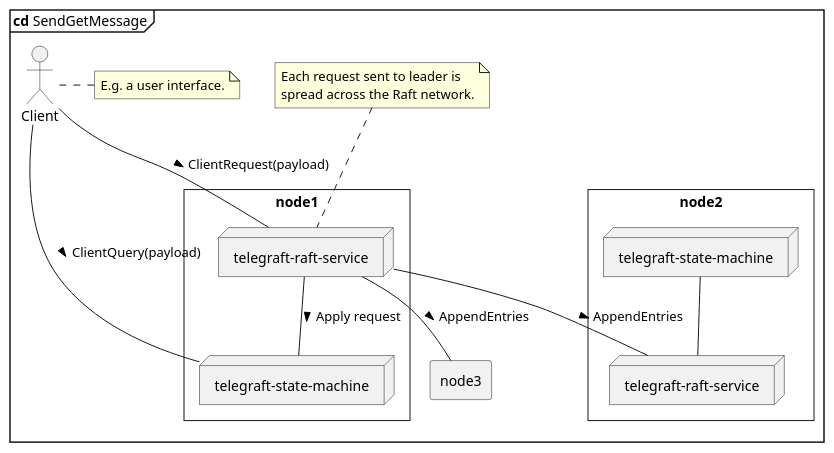
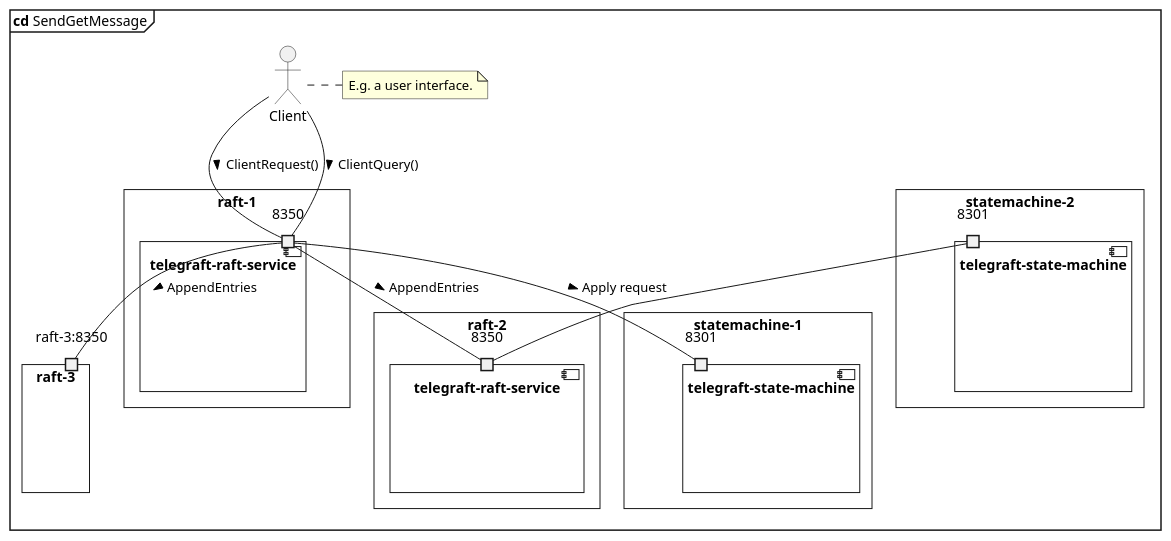
Before and after one commit to strang3nt/Telegraft: the diagram in docs/diagrams/src/cd_telegraftSystem.plantuml, drawn with PlantUML. The commit also changed 283 other files, not shown here.

Commit message:
Diagrams updates

```diff
--- a/docs/diagrams/src/cd_telegraftSystem.plantuml
+++ b/docs/diagrams/src/cd_telegraftSystem.plantuml
@@ -1,39 +1,51 @@
 @startuml cd_sendGetMessage
 
 mainframe **cd** SendGetMessage
 
 skinparam style strictuml
 skinparam sequenceMessageAlign direction
 
 actor Client
   note right of Client {
     E.g. a user interface.
   }
 
-rectangle node1 {
+rectangle raft-1 {
 
-  node "telegraft-raft-service" as Raft
-  node "telegraft-state-machine" as Telegraft
+  component "telegraft-raft-service" as Raft {
+    port 8350 as raft1port
+  }
+}
+rectangle statemachine-1 {
+  component "telegraft-state-machine" as Telegraft {
+    port 8301 as sm1port
+  }
 }
 
-rectangle node2 {
-  node "telegraft-raft-service" as r
-  node "telegraft-state-machine" as t
+
+rectangle raft-2 {
+  component "telegraft-raft-service" as r {
+    port 8350 as raft2port
+  }
+}
+rectangle statemachine-2 {
+  component "telegraft-state-machine" as t {
+    port 8301 as sm2port
+  }
 }
 
-t -- r
+sm2port -- raft2port
 
-Client -- Raft: ClientRequest(payload) >
+Client -- raft1port: ClientRequest() >
 
-note "Each request sent to leader is \nspread across the Raft network." as n1
-n1 .. Raft
+Client -- raft1port: ClientQuery() >
 
-Client -- Telegraft: ClientQuery(payload) >
+raft1port -- sm1port: Apply request >
+raft1port -- raft2port: AppendEntries >
 
-Raft -- Telegraft: Apply request >
-Raft -- r: AppendEntries >
-
-rectangle node3
-Raft -- node3: AppendEntries >
+rectangle "raft-3" as raft3 {
+  port "raft-3:8350" as raft3port
+}
+raft1port -- raft3port: AppendEntries >
 
 @enduml
```
